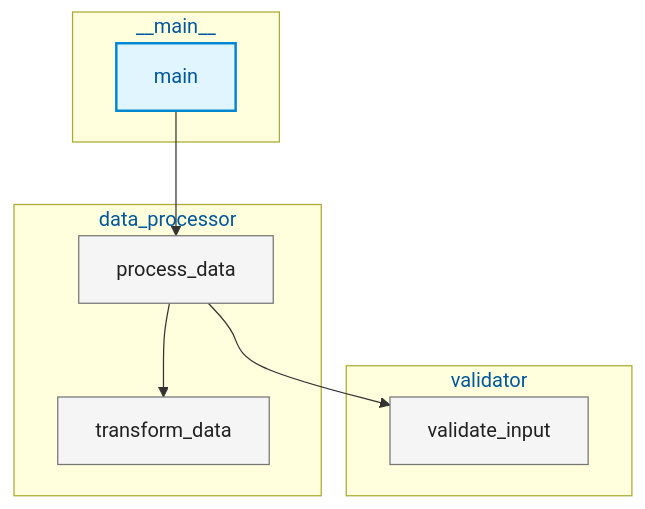
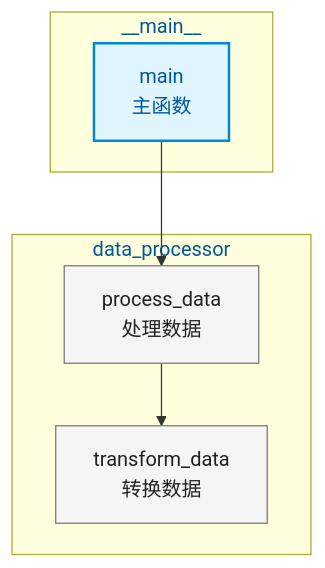
One commit to ws8634/Display-Skill changed the first of 2 diagrams in .trae/skills/function-call-visualizer/SKILL.md. Above: the diagram before and after it, drawn with Mermaid. The commit also changed other lines of this file and 17 other files, not shown here.

````diff
--- a/.trae/skills/function-call-visualizer/SKILL.md
+++ b/.trae/skills/function-call-visualizer/SKILL.md
@@ -361,22 +262,20 @@
 ```mermaid
 flowchart TD
+    %% 样式定义
     classDef root fill:#e1f5fe,stroke:#0288d1,stroke-width:2px,color:#01579b;
     classDef func fill:#f5f5f5,stroke:#757575,stroke-width:1px,color:#212121;
     
-    subgraph main_module [__main__]
-        A[main]:::root
+    %% 按模块分组的函数节点
+    subgraph __main__ [__main__]
+        main[main<br/>主函数]:::root
     end
     
     subgraph data_processor [data_processor]
-        B[process_data]:::func
-        C[transform_data]:::func
+        process_data[process_data<br/>处理数据]:::func
+        transform_data[transform_data<br/>转换数据]:::func
     end
     
-    subgraph validator [validator]
-        D[validate_input]:::func
-    end
-    
-    A --> B
-    B --> C
-    B --> D
+    %% 调用关系
+    main --> process_data
+    process_data --> transform_data
 ```
````
